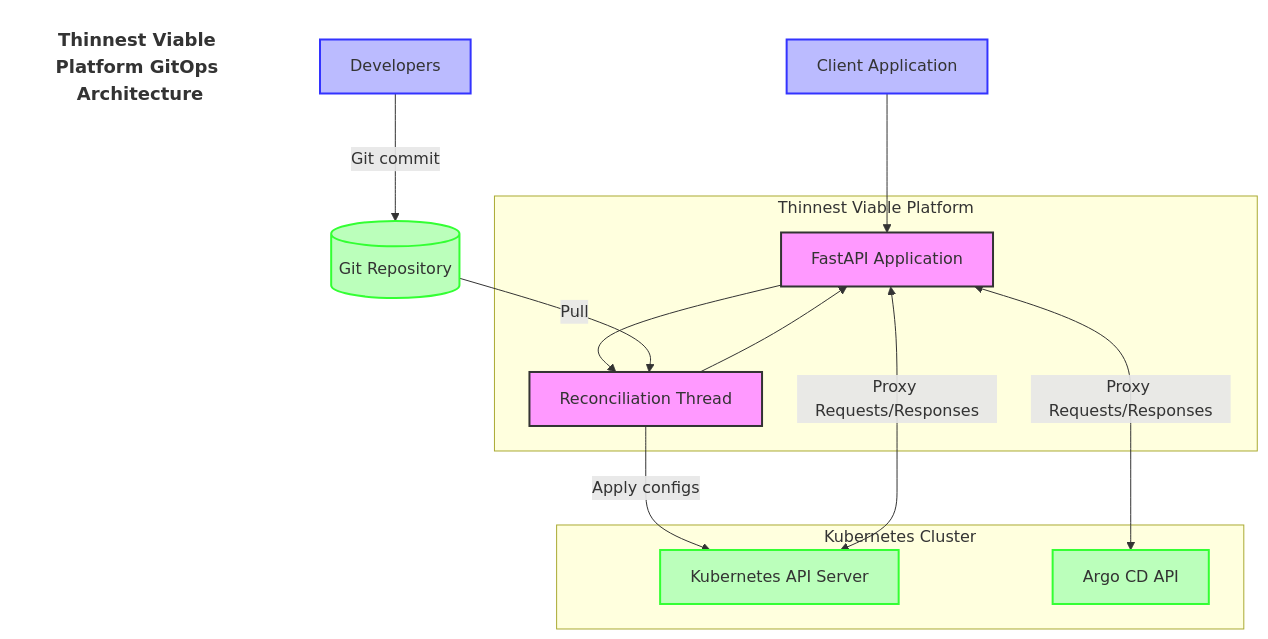
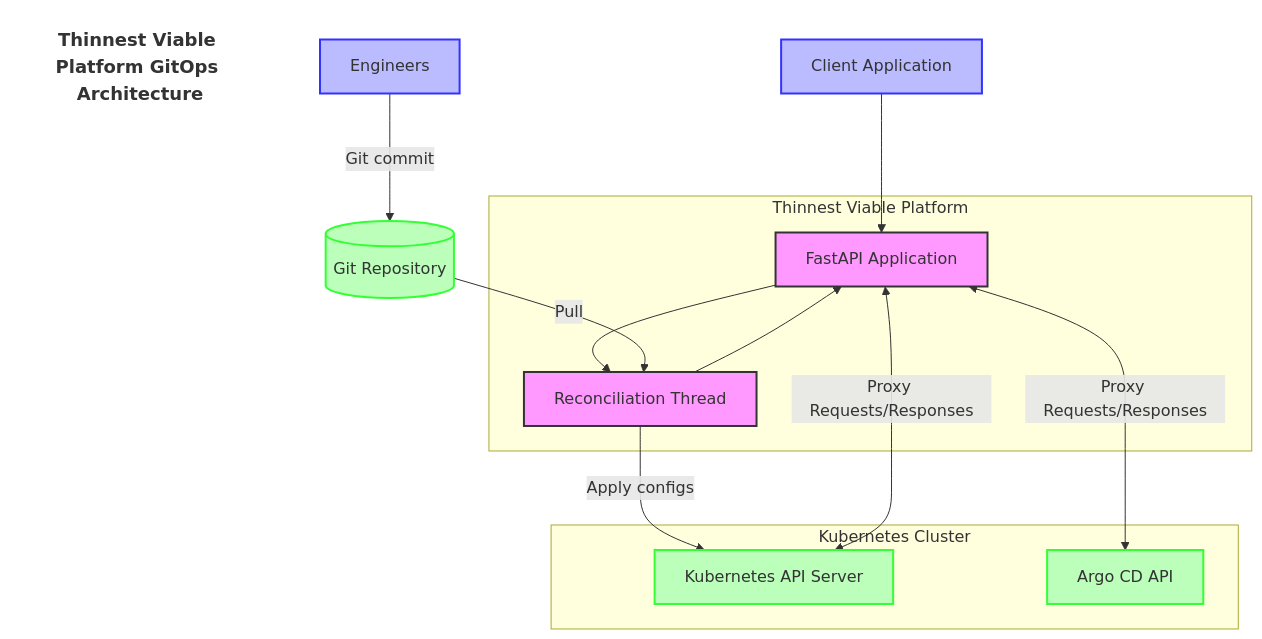
Before and after one commit to lloydchang/tvp-k8s: the first of 11 diagrams in README.md, drawn with Mermaid.

````diff
--- a/README.md
+++ b/README.md
@@ -316,33 +316,33 @@
 ```mermaid
 flowchart TB
     title[Thinnest Viable Platform GitOps Architecture]
     style title fill:none,stroke:none,font-size:18px,font-weight:bold
     subgraph "Thinnest Viable Platform"
         API[FastAPI Application]
         RT[Reconciliation Thread]
         
         API --> RT
         RT --> API
     end
     
-    Dev[Developers] -->|Git commit| GitRepo[(Git Repository)]
+    Eng[Engineers] -->|Git commit| GitRepo[(Git Repository)]
     GitRepo -->|Pull| RT
     RT -->|Apply configs| KubernetesAPI
     
     subgraph "Kubernetes Cluster"
         KubernetesAPI[Kubernetes API Server]
         ArgoCD[Argo CD API]
     end
     
     Client[Client Application] --> API
     API <-->|Proxy Requests/Responses| KubernetesAPI
     API <-->|Proxy Requests/Responses| ArgoCD
     
     classDef platform fill:#f9f,stroke:#333,stroke-width:2px
     classDef external fill:#bfb,stroke:#3f3,stroke-width:2px
     classDef user fill:#bbf,stroke:#33f,stroke-width:2px
     
     class API,RT platform
     class KubernetesAPI,ArgoCD,GitRepo external
-    class Dev,Client user
+    class Eng,Client user
 ```
````
